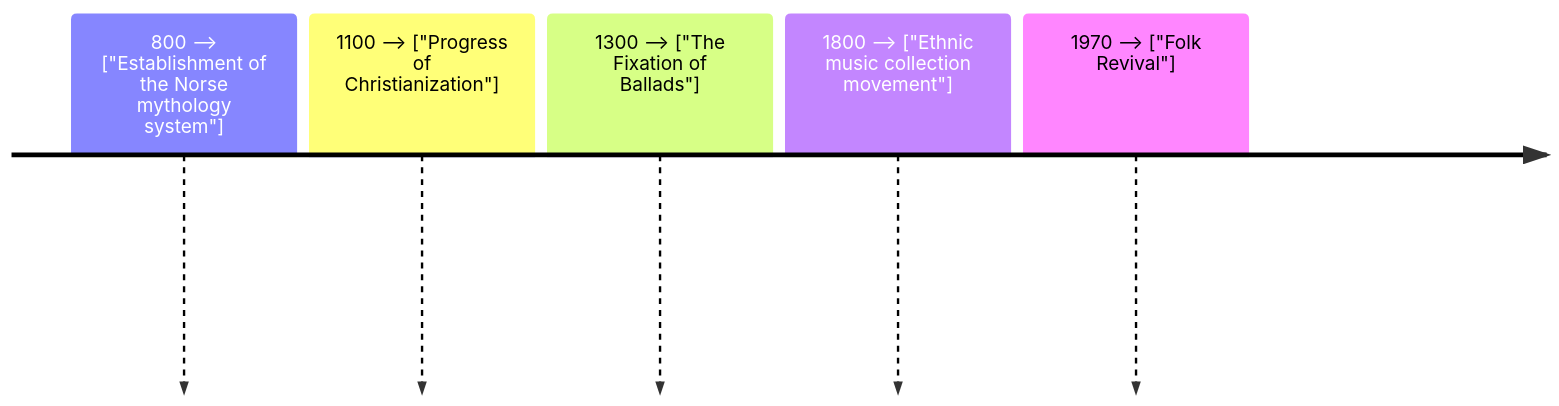
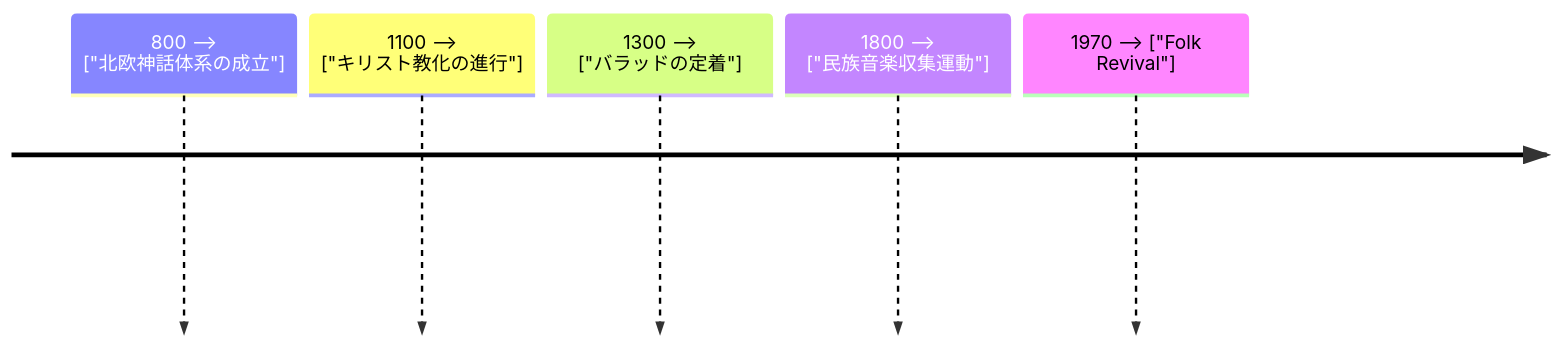
Before and after one commit to monumental-movement/monumental-movement.github.io: the second of 2 diagrams in en/_posts/2026-01-31-column-nordic-folk.md, drawn with Mermaid. The commit also changed other lines of this file and 2196 other files, not shown here.

```diff
--- a/en/_posts/2026-01-31-column-nordic-folk.md
+++ b/en/_posts/2026-01-31-column-nordic-folk.md
@@ -144,8 +143,8 @@
 <div class="mermaid">
 timeline
-    800 --> ["Establishment of the Norse mythology system"]
-    1100 --> ["Progress of Christianization"]
-    1300 --> ["The Fixation of Ballads"]
-    1800 --> ["Ethnic music collection movement"]
+    800 --> ["北欧神話体系の成立"]
+    1100 --> ["キリスト教化の進行"]
+    1300 --> ["バラッドの定着"]
+    1800 --> ["民族音楽収集運動"]
     1970 --> ["Folk Revival"]
 </div>
```
